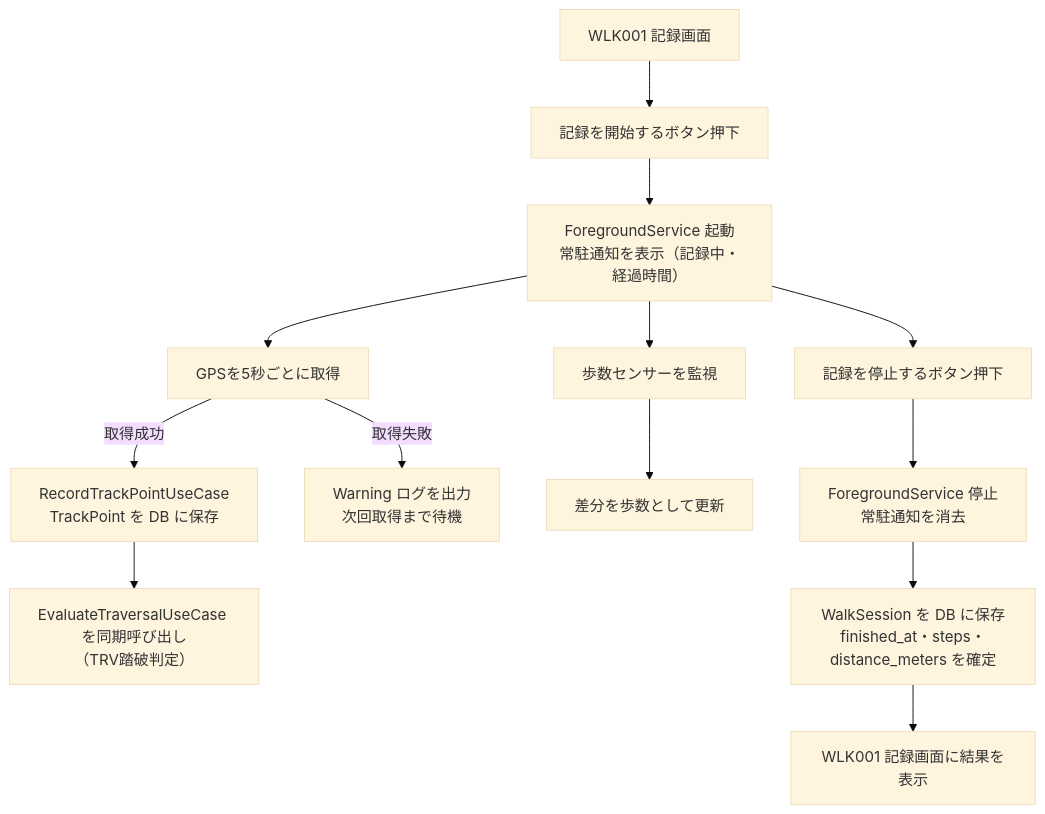
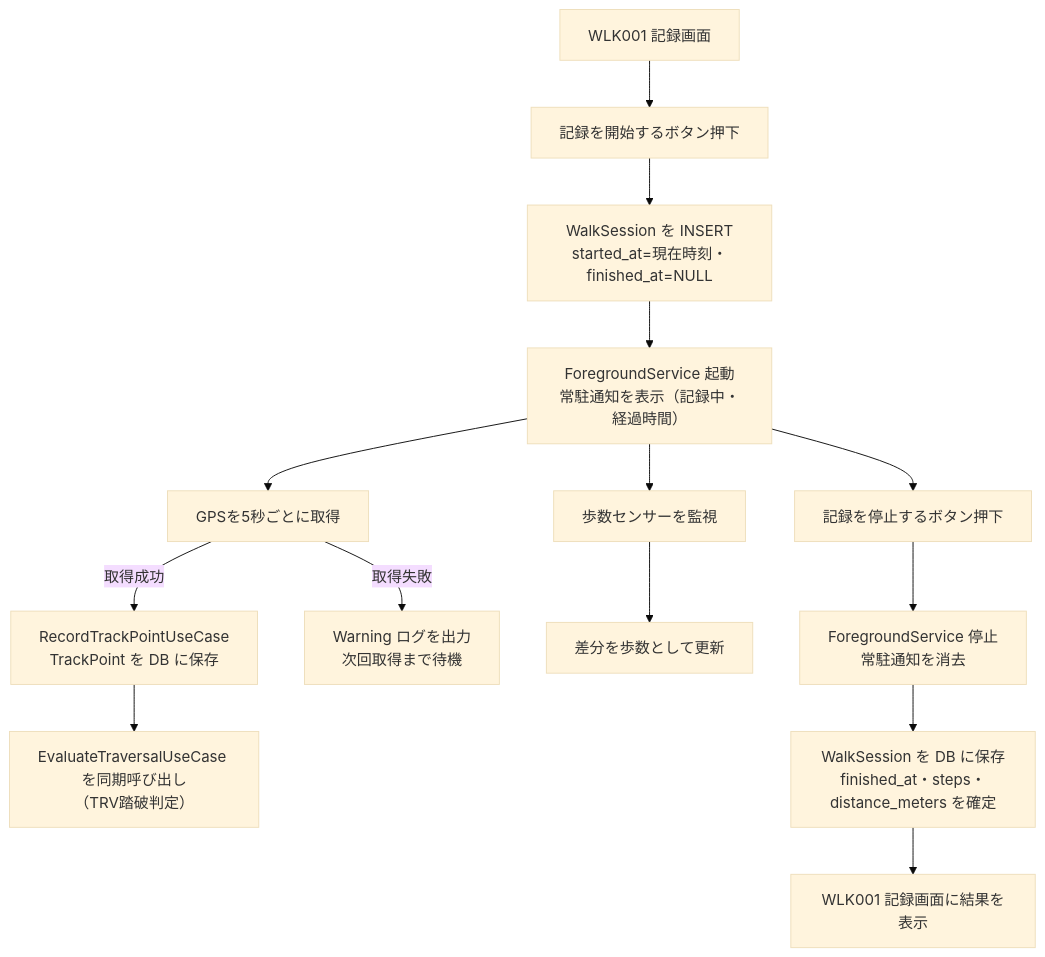
The third of 5 diagrams in docs/03-basic-design/business-logic-design.md (tnkmr32/WalkingTracker), drawn with Mermaid (base theme) before and after one commit. The commit also changed 2 other files, not shown here.

Commit message:
docs: 指摘#9対応 - WLK001のDB書き込み操作を明記
WLK001-recording.mdに「DB書き込み操作」セクションを新設し、記録開始
時のWalkSession INSERT・記録中のTrackPoint INSERT・記録停止時の
WalkSession UPDATEのタイミングと内容を明記。歩数・距離は強制終了時に
破棄される（指摘#2）ため記録中はメモリ保持のみとし都度DB更新しない
方針も明記。business-logic-design.mdのWLK業務フローにも開始時
INSERTのステップを追加。

````diff
--- a/docs/03-basic-design/business-logic-design.md
+++ b/docs/03-basic-design/business-logic-design.md
@@ -57,15 +57,16 @@
 ```mermaid
 flowchart TD
     A["WLK001 記録画面"] --> B["記録を開始するボタン押下"]
-    B --> C["ForegroundService 起動\n常駐通知を表示（記録中・経過時間）"]
+    B --> B2["WalkSession を INSERT\nstarted_at=現在時刻・finished_at=NULL"]
+    B2 --> C["ForegroundService 起動\n常駐通知を表示（記録中・経過時間）"]
     C --> D["GPSを5秒ごとに取得"]
     C --> E["歩数センサーを監視"]
     D -->|取得成功| F["RecordTrackPointUseCase\nTrackPoint を DB に保存"]
     F --> G["EvaluateTraversalUseCase を同期呼び出し\n（TRV踏破判定）"]
     D -->|取得失敗| H["Warning ログを出力\n次回取得まで待機"]
     E --> I["差分を歩数として更新"]
     C --> J["記録を停止するボタン押下"]
     J --> K["ForegroundService 停止\n常駐通知を消去"]
     K --> L["WalkSession を DB に保存\nfinished_at・steps・distance_meters を確定"]
     L --> M["WLK001 記録画面に結果を表示"]
 ```
````
